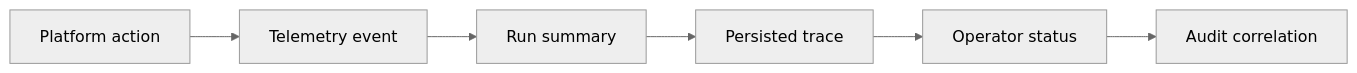
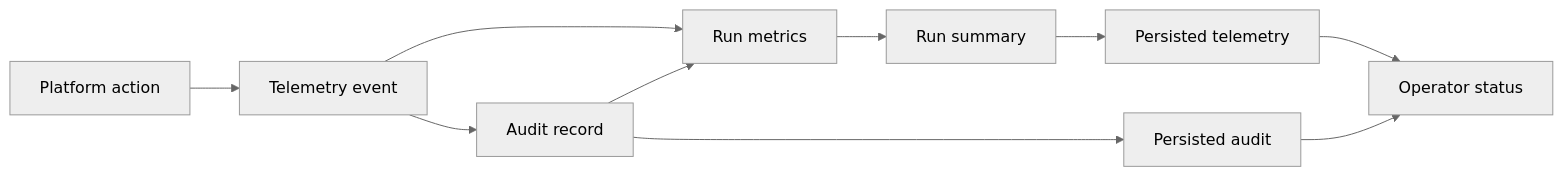
The diagram in packages/observability/README.md (VannaDii/ironloom), drawn with Mermaid (neutral theme) before and after one commit. The commit also changed other lines of this file and 13 other files, not shown here.

Commit message:
feat: add observability run metrics

````diff
--- a/packages/observability/README.md
+++ b/packages/observability/README.md
@@ -11,8 +11,12 @@
 ```mermaid
 flowchart LR
   Action[Platform action] --> Event[Telemetry event]
-  Event --> Run[Run summary]
-  Run --> Storage[Persisted trace]
+  Event --> Audit[Audit record]
+  Event --> Metrics[Run metrics]
+  Audit --> Metrics
+  Metrics --> Run[Run summary]
+  Run --> Storage[Persisted telemetry]
+  Audit --> AuditStore[Persisted audit]
   Storage --> Status[Operator status]
-  Status --> Audit[Audit correlation]
+  AuditStore --> Status
 ```
````
